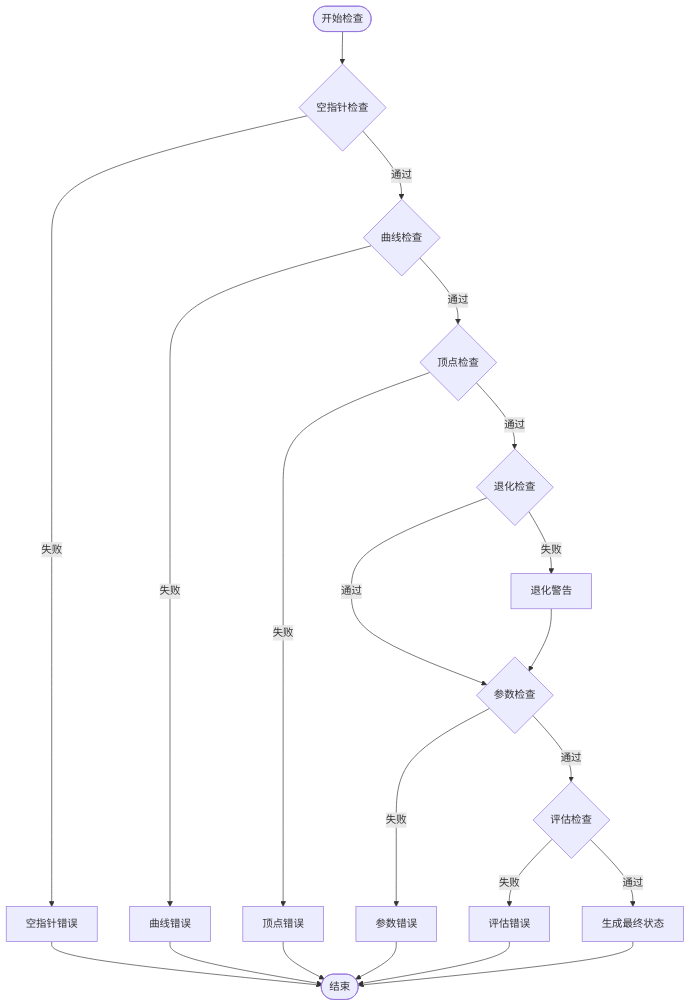
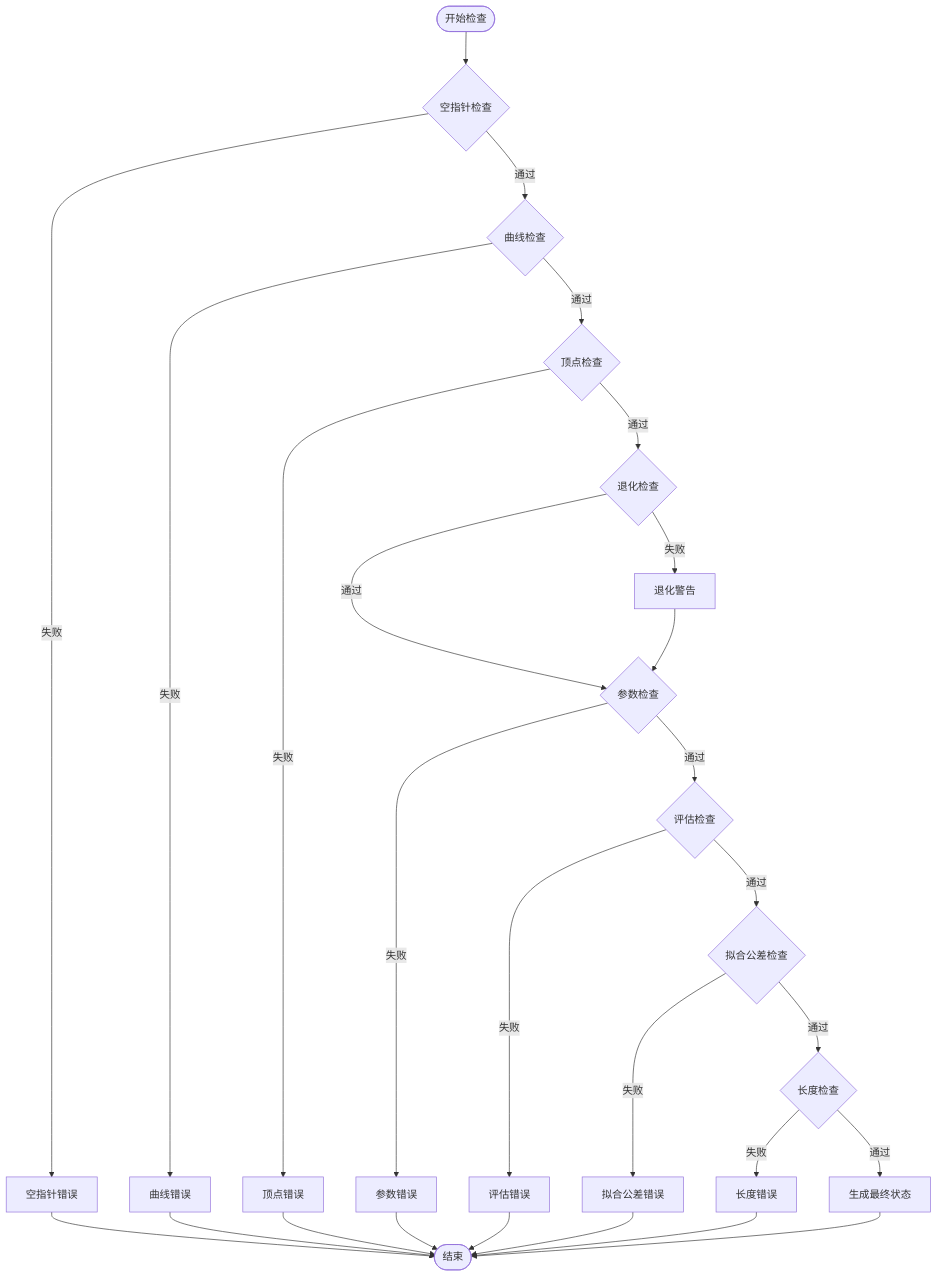
One commit to zzm5265676/Interface changed the fifth of 5 diagrams in .qoder/repowiki/zh/content/EDGE 检查模块/EDGE 检查函数详解.md. Above: the diagram before and after it, drawn with Mermaid. The commit also changed other lines of this file and 11 other files, not shown here.

````diff
--- a/.qoder/repowiki/zh/content/EDGE 检查模块/EDGE 检查函数详解.md
+++ b/.qoder/repowiki/zh/content/EDGE 检查模块/EDGE 检查函数详解.md
@@ -526,23 +539,29 @@
 ```mermaid
 flowchart TD
 Start([开始检查]) --> NullCheck{空指针检查}
 NullCheck --> |通过| CurveCheck{曲线检查}
 NullCheck --> |失败| NullError[空指针错误]
 NullError --> End([结束])
 CurveCheck --> |通过| VertexCheck{顶点检查}
 CurveCheck --> |失败| CurveError[曲线错误]
 CurveError --> End
 VertexCheck --> |通过| DegenerateCheck{退化检查}
 VertexCheck --> |失败| VertexError[顶点错误]
 VertexError --> End
 DegenerateCheck --> |通过| ParamCheck{参数检查}
 DegenerateCheck --> |失败| DegenerateWarning[退化警告]
 DegenerateWarning --> ParamCheck
 ParamCheck --> |通过| EvaluationCheck{评估检查}
 ParamCheck --> |失败| ParamError[参数错误]
 ParamError --> End
-EvaluationCheck --> |通过| FinalStatus[生成最终状态]
+EvaluationCheck --> |通过| FitToleranceCheck{拟合公差检查}
 EvaluationCheck --> |失败| EvalError[评估错误]
 EvalError --> End
+FitToleranceCheck --> |通过| LengthCheck{长度检查}
+FitToleranceCheck --> |失败| FitError[拟合公差错误]
+FitError --> End
+LengthCheck --> |通过| FinalStatus[生成最终状态]
+LengthCheck --> |失败| LengthError[长度错误]
+LengthError --> End
 FinalStatus --> End
 ```
````
